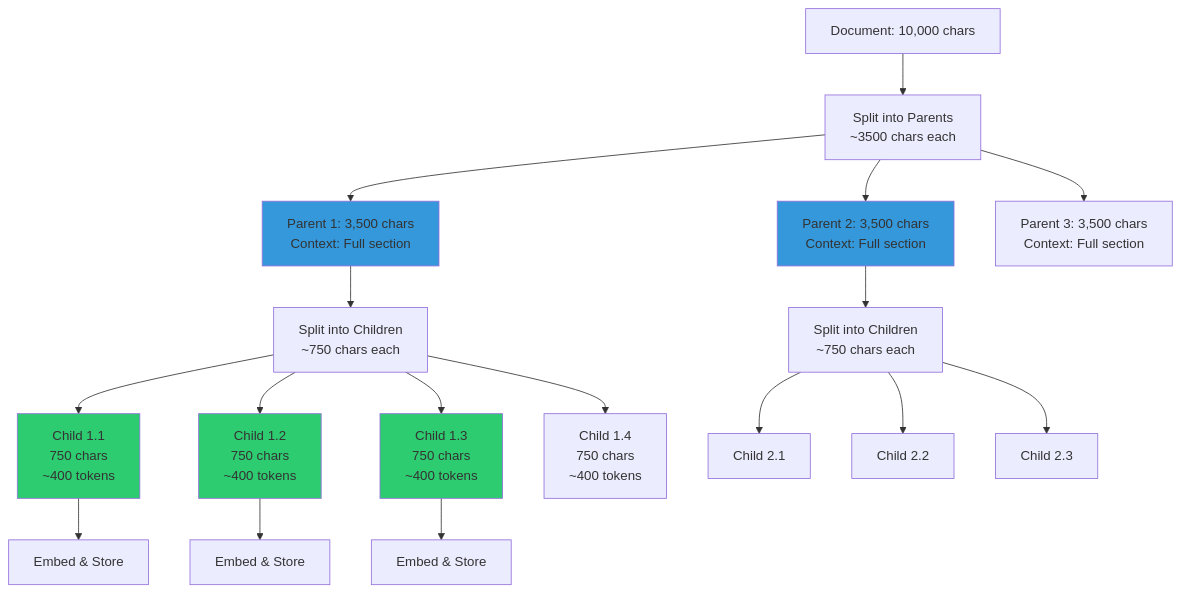
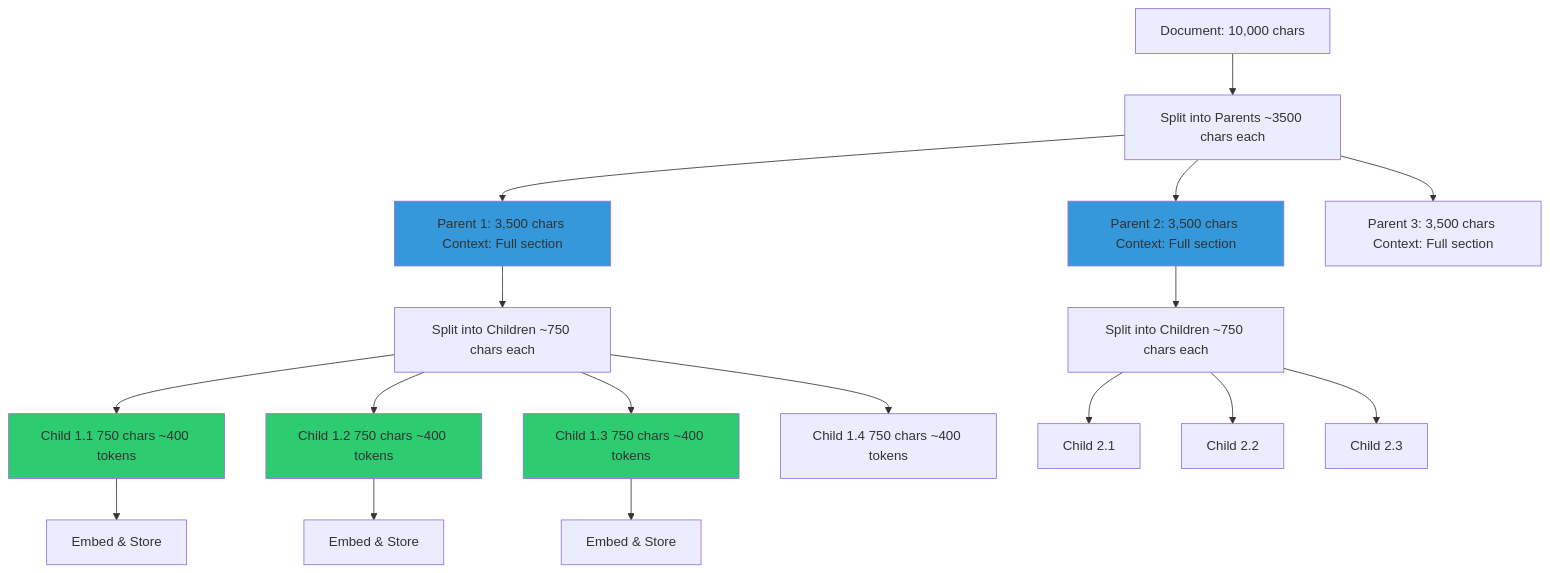
Before and after one commit to softwarewrighter/rag-demo: the second of 6 diagrams in wiki/Chunking-Strategies.md, drawn with Mermaid. The commit also changed other lines of this file and 7 other files, not shown here.

````diff
--- a/wiki/Chunking-Strategies.md
+++ b/wiki/Chunking-Strategies.md
@@ -76,30 +76,30 @@
 ```mermaid
 flowchart TB
-    Doc[Document: 10,000 chars] --> Split1[Split into Parents<br/>~3500 chars each]
+    Doc[Document: 10,000 chars] --> Split1[Split into Parents ~3500 chars each]
 
-    Split1 --> P1[Parent 1: 3,500 chars<br/>Context: Full section]
-    Split1 --> P2[Parent 2: 3,500 chars<br/>Context: Full section]
-    Split1 --> P3[Parent 3: 3,500 chars<br/>Context: Full section]
+    Split1 --> P1[Parent 1: 3,500 chars Context: Full section]
+    Split1 --> P2[Parent 2: 3,500 chars Context: Full section]
+    Split1 --> P3[Parent 3: 3,500 chars Context: Full section]
 
-    P1 --> Split2A[Split into Children<br/>~750 chars each]
-    P2 --> Split2B[Split into Children<br/>~750 chars each]
+    P1 --> Split2A[Split into Children ~750 chars each]
+    P2 --> Split2B[Split into Children ~750 chars each]
 
-    Split2A --> C1[Child 1.1<br/>750 chars<br/>~400 tokens]
-    Split2A --> C2[Child 1.2<br/>750 chars<br/>~400 tokens]
-    Split2A --> C3[Child 1.3<br/>750 chars<br/>~400 tokens]
-    Split2A --> C4[Child 1.4<br/>750 chars<br/>~400 tokens]
+    Split2A --> C1[Child 1.1 750 chars ~400 tokens]
+    Split2A --> C2[Child 1.2 750 chars ~400 tokens]
+    Split2A --> C3[Child 1.3 750 chars ~400 tokens]
+    Split2A --> C4[Child 1.4 750 chars ~400 tokens]
 
     Split2B --> C5[Child 2.1]
     Split2B --> C6[Child 2.2]
     Split2B --> C7[Child 2.3]
 
     C1 --> Embed1[Embed & Store]
     C2 --> Embed2[Embed & Store]
     C3 --> Embed3[Embed & Store]
 
     style P1 fill:#3498db
     style P2 fill:#3498db
     style C1 fill:#2ecc71
     style C2 fill:#2ecc71
     style C3 fill:#2ecc71
 ```
````
